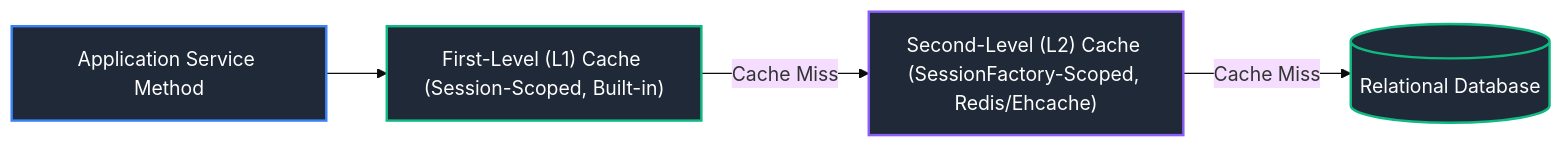
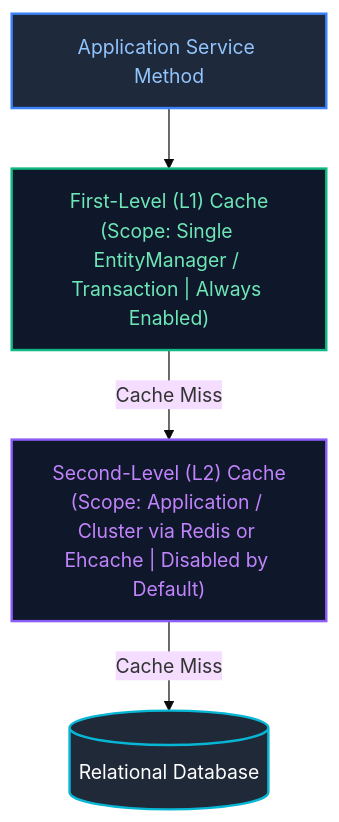
Before and after one commit to joydeep-biswas/Interview-Preparation: the sixth of 12 diagrams in Java Backend Engineering/10_spring_data_jdbc_jpa_hibernate_transactions.md, drawn with Mermaid (base theme). The commit also changed other lines of this file and 143 other files, not shown here.

````diff
--- a/Java Backend Engineering/10_spring_data_jdbc_jpa_hibernate_transactions.md
+++ b/Java Backend Engineering/10_spring_data_jdbc_jpa_hibernate_transactions.md
@@ -221,11 +465,12 @@
 ```mermaid
-flowchart LR
-    App["Application Service Method"] --> L1["First-Level (L1) Cache (Session-Scoped, Built-in)"]
-    L1 -->|Cache Miss| L2["Second-Level (L2) Cache (SessionFactory-Scoped, Redis/Ehcache)"]
+flowchart TD
+    App["Application Service Method"]
+    --> L1["First-Level (L1) Cache<br/>(Scope: Single EntityManager / Transaction | Always Enabled)"]
+    L1 -->|Cache Miss| L2["Second-Level (L2) Cache<br/>(Scope: Application / Cluster via Redis or Ehcache | Disabled by Default)"]
     L2 -->|Cache Miss| DB[("Relational Database")]
 
-    style App fill:#1f2937,stroke:#3b82f6,stroke-width:2px,color:#fff
-    style L1 fill:#1f2937,stroke:#10b981,stroke-width:2px,color:#fff
-    style L2 fill:#1f2937,stroke:#8b5cf6,stroke-width:2px,color:#fff
-    style DB fill:#1f2937,stroke:#10b981,stroke-width:2px,color:#fff
+    style App fill:#1e293b,stroke:#3b82f6,stroke-width:2px,color:#93c5fd
+    style L1 fill:#0f172a,stroke:#10b981,stroke-width:2px,color:#6ee7b7
+    style L2 fill:#0f172a,stroke:#8b5cf6,stroke-width:2px,color:#c084fc
+    style DB fill:#1f2937,stroke:#06b6d4,stroke-width:2px,color:#fff
 ```
````
